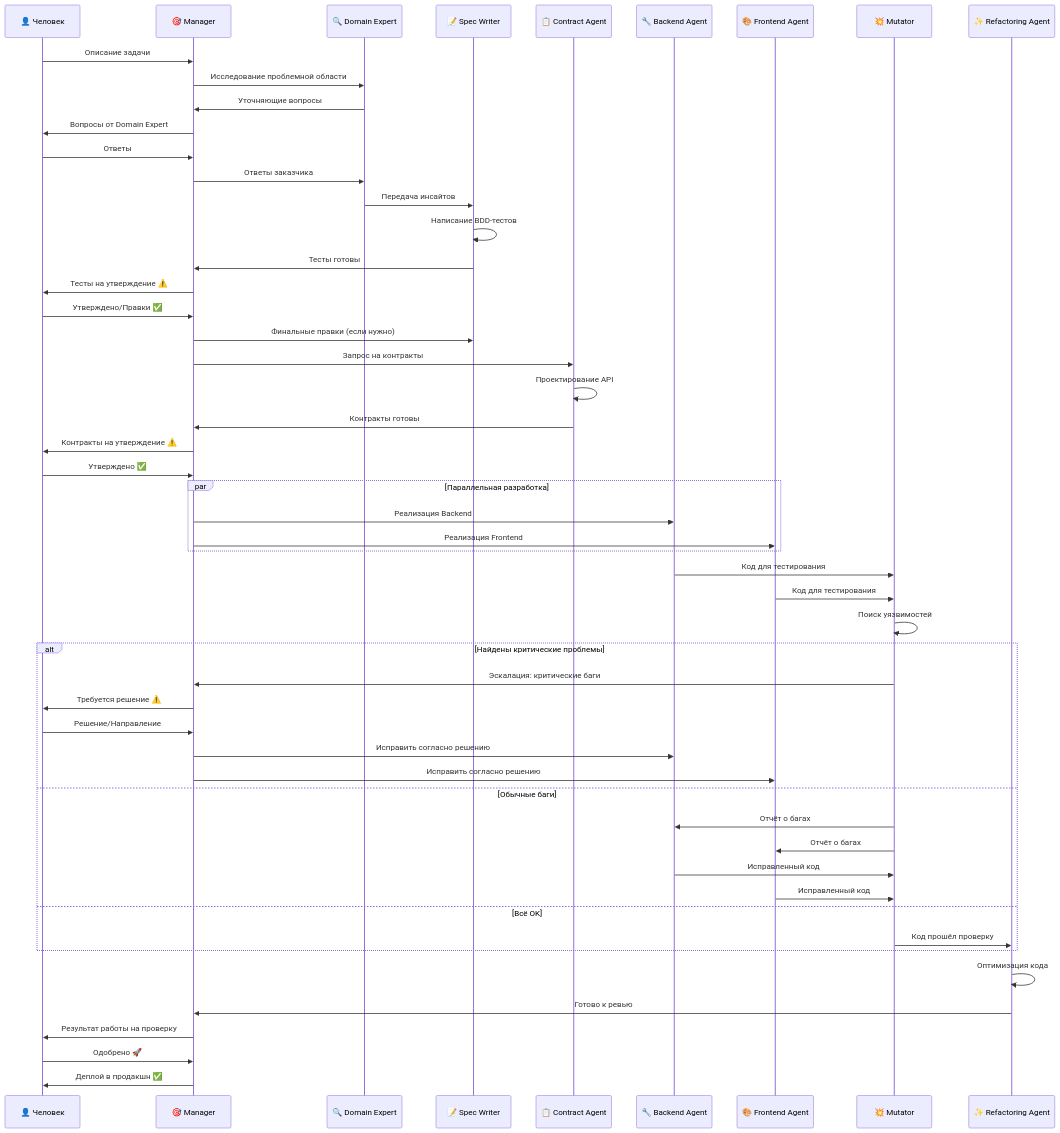
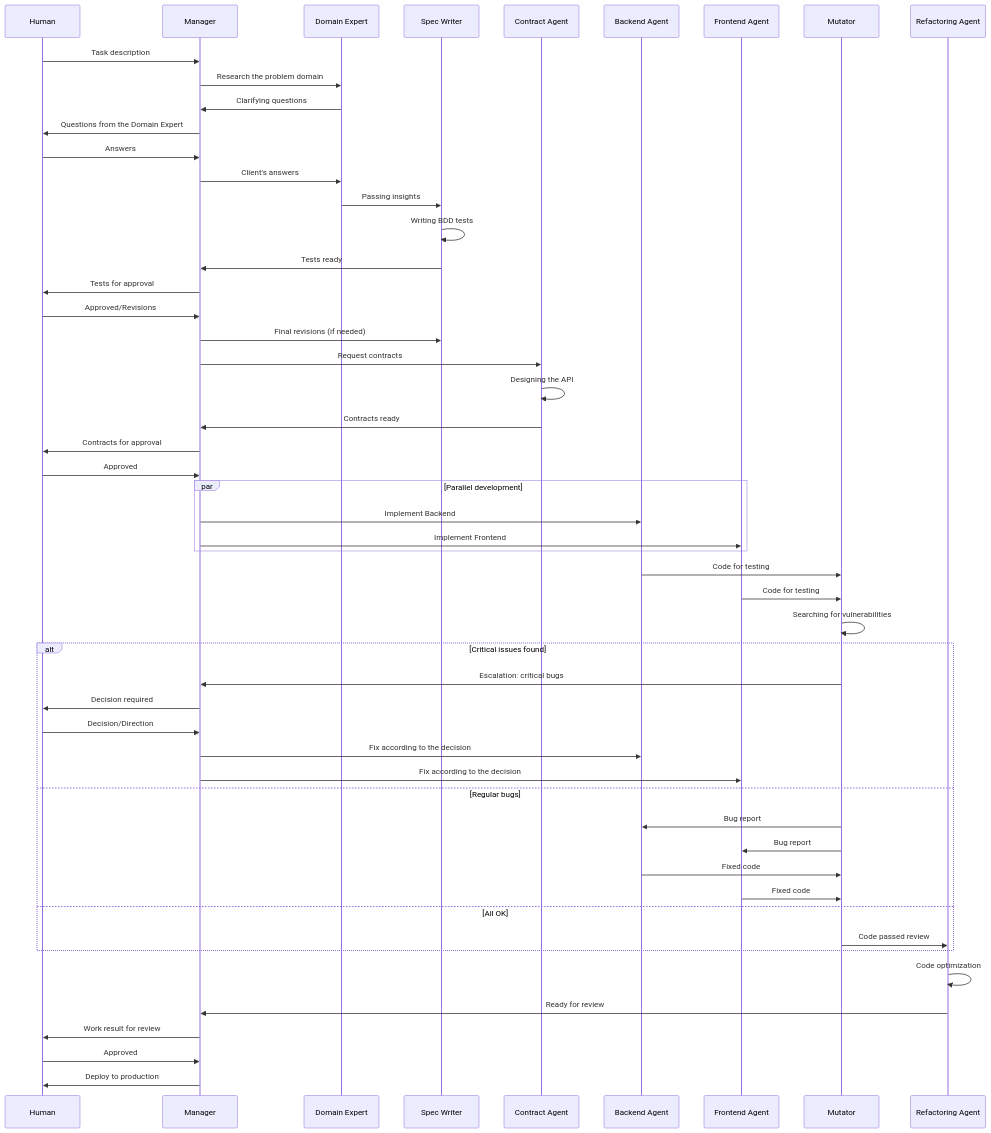
The seventh of 13 diagrams in materials/workshop3.md (ad3002/masters-course-2025-vibe-coding), drawn with Mermaid before and after one commit. The commit also changed other lines of this file, not shown here.

````diff
--- a/materials/workshop3.md
+++ b/materials/workshop3.md
@@ -302,62 +302,62 @@
 ```mermaid
 sequenceDiagram
-    participant H as 👤 Человек
-    participant M as 🎯 Manager
-    participant DE as 🔍 Domain Expert
-    participant SW as 📝 Spec Writer
-    participant CA as 📋 Contract Agent
-    participant BE as 🔧 Backend Agent
-    participant FE as 🎨 Frontend Agent
-    participant MUT as 💥 Mutator
-    participant REF as ✨ Refactoring Agent
+    participant H as Human
+    participant M as Manager
+    participant DE as Domain Expert
+    participant SW as Spec Writer
+    participant CA as Contract Agent
+    participant BE as Backend Agent
+    participant FE as Frontend Agent
+    participant MUT as Mutator
+    participant REF as Refactoring Agent
 
-    H->>M: Описание задачи
-    M->>DE: Исследование проблемной области
-    DE->>M: Уточняющие вопросы
-    M->>H: Вопросы от Domain Expert
-    H->>M: Ответы
-    M->>DE: Ответы заказчика
-    DE->>SW: Передача инсайтов
+    H->>M: Task description
+    M->>DE: Research the problem domain
+    DE->>M: Clarifying questions
+    M->>H: Questions from the Domain Expert
+    H->>M: Answers
+    M->>DE: Client's answers
+    DE->>SW: Passing insights
 
-    SW->>SW: Написание BDD-тестов
-    SW->>M: Тесты готовы
-    M->>H: Тесты на утверждение ⚠️
-    H->>M: Утверждено/Правки ✅
-    M->>SW: Финальные правки (если нужно)
+    SW->>SW: Writing BDD tests
+    SW->>M: Tests ready
+    M->>H: Tests for approval
+    H->>M: Approved/Revisions
+    M->>SW: Final revisions (if needed)
 
-    M->>CA: Запрос на контракты
-    CA->>CA: Проектирование API
-    CA->>M: Контракты готовы
-    M->>H: Контракты на утверждение ⚠️
-    H->>M: Утверждено ✅
+    M->>CA: Request contracts
+    CA->>CA: Designing the API
+    CA->>M: Contracts ready
+    M->>H: Contracts for approval
+    H->>M: Approved
 
-    par Параллельная разработка
-        M->>BE: Реализация Backend
-        M->>FE: Реализация Frontend
+    par Parallel development
+        M->>BE: Implement Backend
+        M->>FE: Implement Frontend
     end
 
-    BE->>MUT: Код для тестирования
-    FE->>MUT: Код для тестирования
+    BE->>MUT: Code for testing
+    FE->>MUT: Code for testing
 
-    MUT->>MUT: Поиск уязвимостей
-    alt Найдены критические проблемы
-        MUT->>M: Эскалация: критические баги
-        M->>H: Требуется решение ⚠️
-        H->>M: Решение/Направление
-        M->>BE: Исправить согласно решению
-        M->>FE: Исправить согласно решению
-    else Обычные баги
-        MUT->>BE: Отчёт о багах
-        MUT->>FE: Отчёт о багах
-        BE->>MUT: Исправленный код
-        FE->>MUT: Исправленный код
-    else Всё OK
-        MUT->>REF: Код прошёл проверку
+    MUT->>MUT: Searching for vulnerabilities
+    alt Critical issues found
+        MUT->>M: Escalation: critical bugs
+        M->>H: Decision required
+        H->>M: Decision/Direction
+        M->>BE: Fix according to the decision
+        M->>FE: Fix according to the decision
+    else Regular bugs
+        MUT->>BE: Bug report
+        MUT->>FE: Bug report
+        BE->>MUT: Fixed code
+        FE->>MUT: Fixed code
+    else All OK
+        MUT->>REF: Code passed review
     end
 
-    REF->>REF: Оптимизация кода
-    REF->>M: Готово к ревью
-    M->>H: Результат работы на проверку
-    H->>M: Одобрено 🚀
-    M->>H: Деплой в продакшн ✅
+    REF->>REF: Code optimization
+    REF->>M: Ready for review
+    M->>H: Work result for review
+    H->>M: Approved
+    M->>H: Deploy to production
 ```
````
